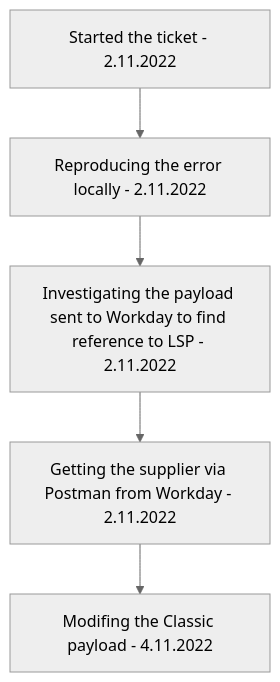
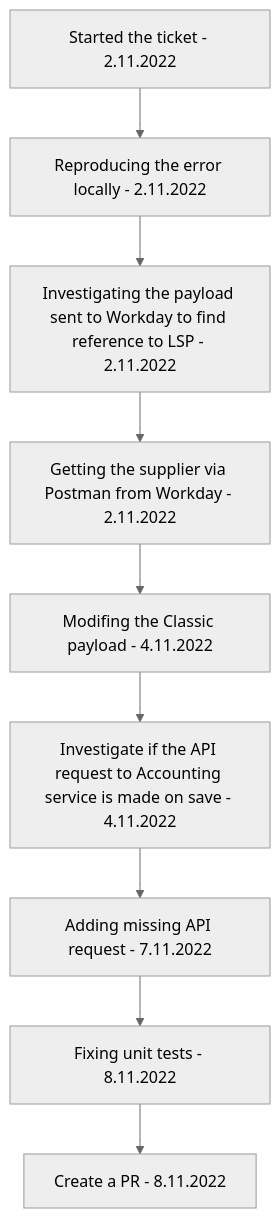
Before and after one commit to lukaCvitanovic/Obisdian: the diagram in Contractor Not Being Updated In Workday.md, drawn with Mermaid (neutral theme). The commit also changed other lines of this file and 26 other files, not shown here.

````diff
--- a/Contractor Not Being Updated In Workday.md
+++ b/Contractor Not Being Updated In Workday.md
@@ -11,7 +10,11 @@
 ```mermaid
 graph TD
-1[Started the ticket - 2.11.2022] --> 2[Reproducing the error locally - 2.11.2022]
-2 --> 3[Investigating the payload sent to Workday to find reference to LSP - 2.11.2022]
-3 --> 4[Getting the supplier via Postman from Workday - 2.11.2022]
-4 --> 5[Modifing the Classic payload - 4.11.2022]
+	1[Started the ticket - 2.11.2022] --> 2[Reproducing the error locally - 2.11.2022]
+	2 --> 3[Investigating the payload sent to Workday to find reference to LSP - 2.11.2022]
+	3 --> 4[Getting the supplier via Postman from Workday - 2.11.2022]
+	4 --> 5[Modifing the Classic payload - 4.11.2022]
+	5 --> 6[Investigate if the API request to Accounting service is made on save - 4.11.2022]
+	6 --> 7[Adding missing API request - 7.11.2022]
+	7 --> 8[Fixing unit tests - 8.11.2022]
+	8 --> 9[Create a PR - 8.11.2022]
 ```
````
